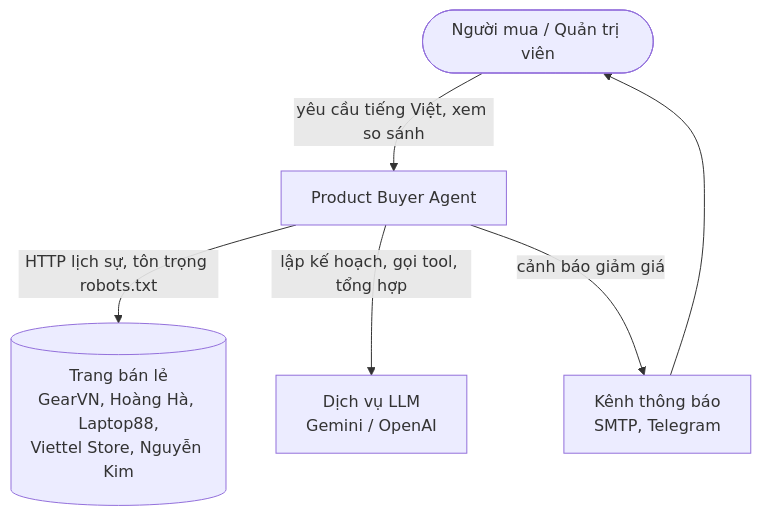
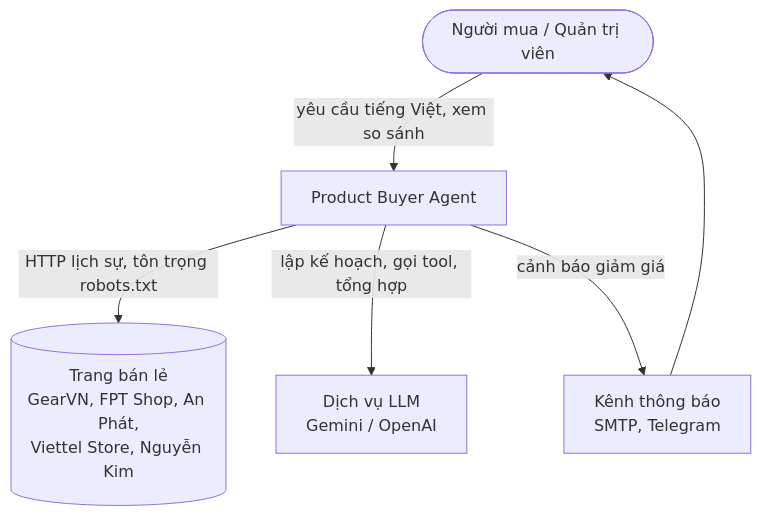
Before and after one commit to VUTIENTHANG2k4/product-buyer-agent: the first of 5 diagrams in docs/03-architecture.md, drawn with Mermaid. The commit also changed other lines of this file and 17 other files, not shown here.

Commit message:
docs(T4.0): replace Hoang Ha and Laptop88 with FPT Shop and An Phat (ADR-0008)

````diff
--- a/docs/03-architecture.md
+++ b/docs/03-architecture.md
@@ -16,13 +16,13 @@
 ```mermaid
 flowchart TB
   user([Người mua / Quản trị viên])
   system[Product Buyer Agent]
-  shops[(Trang bán lẻ<br/>GearVN, Hoàng Hà, Laptop88,<br/>Viettel Store, Nguyễn Kim)]
+  shops[(Trang bán lẻ<br/>GearVN, FPT Shop, An Phát,<br/>Viettel Store, Nguyễn Kim)]
   llm[Dịch vụ LLM<br/>Gemini / OpenAI]
   notify[Kênh thông báo<br/>SMTP, Telegram]
   user -- "yêu cầu tiếng Việt, xem so sánh" --> system
   system -- "HTTP lịch sự, tôn trọng robots.txt" --> shops
   system -- "lập kế hoạch, gọi tool, tổng hợp" --> llm
   system -- "cảnh báo giảm giá" --> notify
   notify --> user
 ```
````
